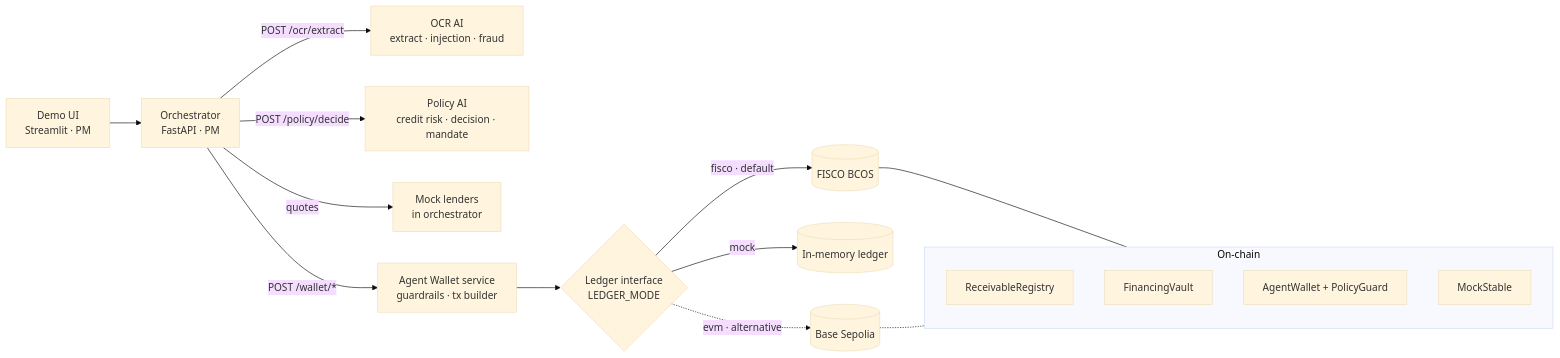
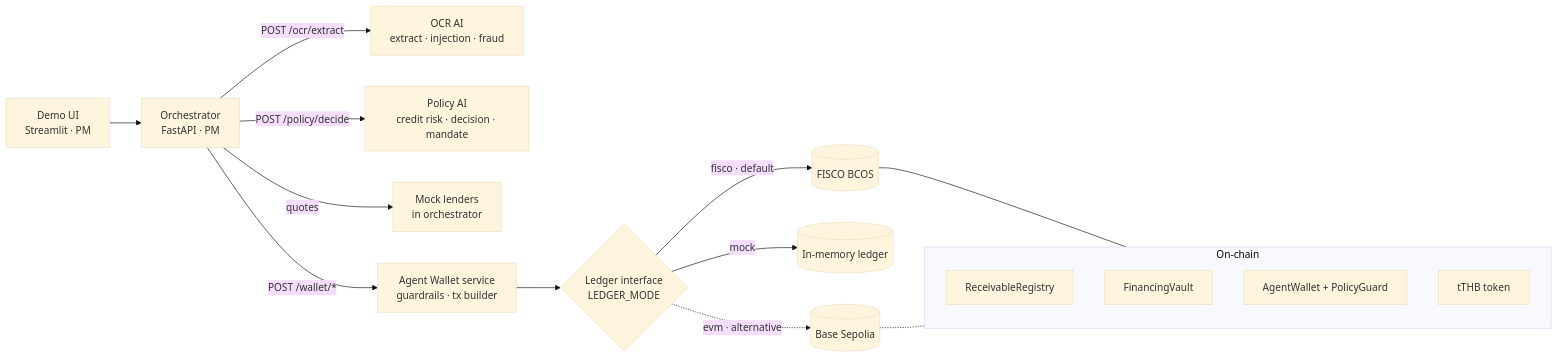
Before and after one commit to Khawpuneiei/ReceivableOS: the first of 2 diagrams in docs/01-architecture.md, drawn with Mermaid (base theme). The commit also changed other lines of this file, not shown here.

First line of the commit message:
docs(architecture): use Finance demo scenario (THB, tTHB) and lender numbers

````diff
--- a/docs/01-architecture.md
+++ b/docs/01-architecture.md
@@ -82,20 +82,20 @@
 ```mermaid
 flowchart LR
     UI[Demo UI<br/>Streamlit · PM] --> ORC[Orchestrator<br/>FastAPI · PM]
     ORC -->|POST /ocr/extract| OCR[OCR AI<br/>extract · injection · fraud]
     ORC -->|POST /policy/decide| POL[Policy AI<br/>credit risk · decision · mandate]
     ORC -->|quotes| LEN[Mock lenders<br/>in orchestrator]
     ORC -->|POST /wallet/*| WAL[Agent Wallet service<br/>guardrails · tx builder]
     WAL --> CC{Ledger interface<br/>LEDGER_MODE}
     CC -->|fisco · default| FB[(FISCO BCOS)]
     CC -->|mock| MOCK[(In-memory ledger)]
     CC -.->|evm · alternative| EVM[(Base Sepolia)]
     subgraph On-chain
       REG[ReceivableRegistry]
       VAULT[FinancingVault]
       AW[AgentWallet + PolicyGuard]
-      USDC[MockStable]
+      TTHB[tTHB token]
     end
     FB --- On-chain
     EVM -.- On-chain
 ```
````
